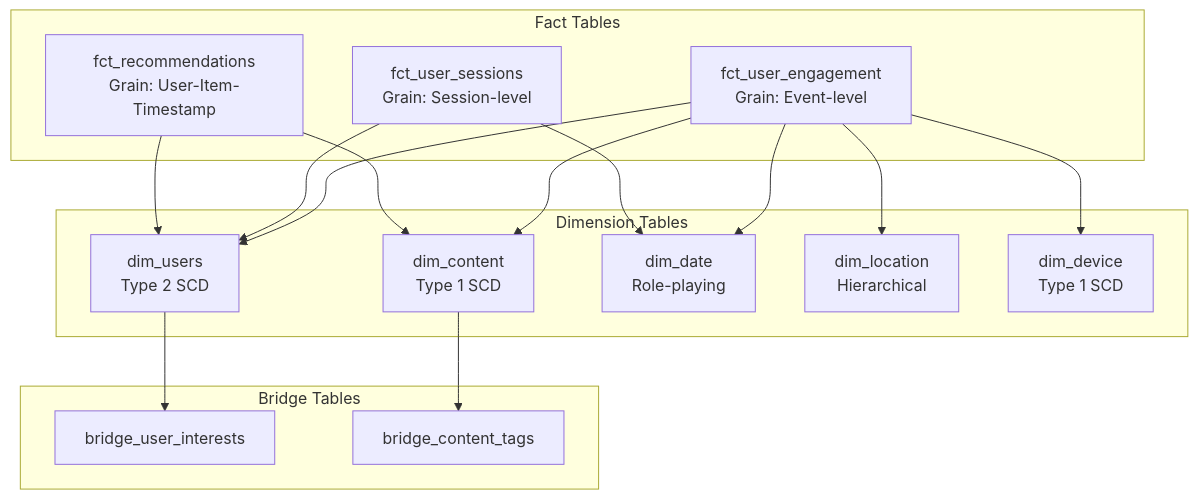
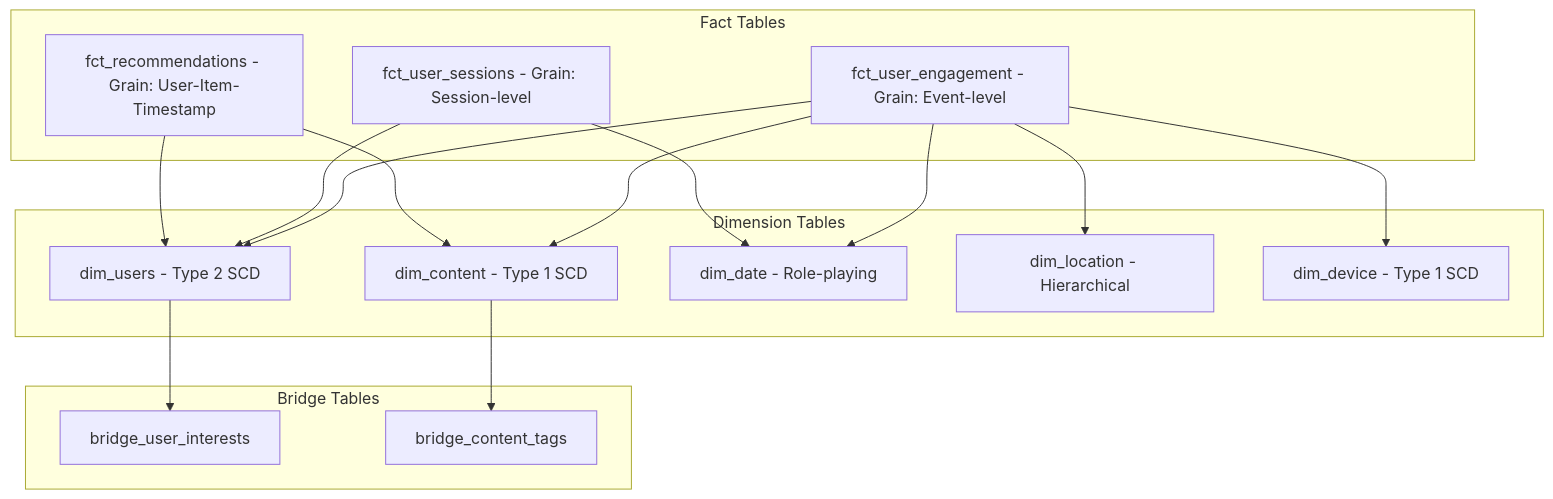
The fourth of 18 diagrams in ARCHITECTURE.md (sitelight/jean-notes), drawn with Mermaid before and after one commit. The commit also changed other lines of this file, not shown here.

````diff
--- a/ARCHITECTURE.md
+++ b/ARCHITECTURE.md
@@ -346,33 +323,33 @@
 ```mermaid
 graph TB
     subgraph "Fact Tables"
-        F1[fct_user_engagement<br/>Grain: Event-level]
-        F2[fct_user_sessions<br/>Grain: Session-level]
-        F3[fct_recommendations<br/>Grain: User-Item-Timestamp]
+        F1[fct_user_engagement - Grain: Event-level]
+        F2[fct_user_sessions - Grain: Session-level]
+        F3[fct_recommendations - Grain: User-Item-Timestamp]
     end
     
     subgraph "Dimension Tables"
-        D1[dim_users<br/>Type 2 SCD]
-        D2[dim_content<br/>Type 1 SCD]
-        D3[dim_date<br/>Role-playing]
-        D4[dim_location<br/>Hierarchical]
-        D5[dim_device<br/>Type 1 SCD]
+        D1[dim_users - Type 2 SCD]
+        D2[dim_content - Type 1 SCD]
+        D3[dim_date - Role-playing]
+        D4[dim_location - Hierarchical]
+        D5[dim_device - Type 1 SCD]
     end
     
     subgraph "Bridge Tables"
         B1[bridge_user_interests]
         B2[bridge_content_tags]
     end
     
     F1 --> D1
     F1 --> D2
     F1 --> D3
     F1 --> D4
     F1 --> D5
     F2 --> D1
     F2 --> D3
     F3 --> D1
     F3 --> D2
     D1 --> B1
     D2 --> B2
 ```
````
